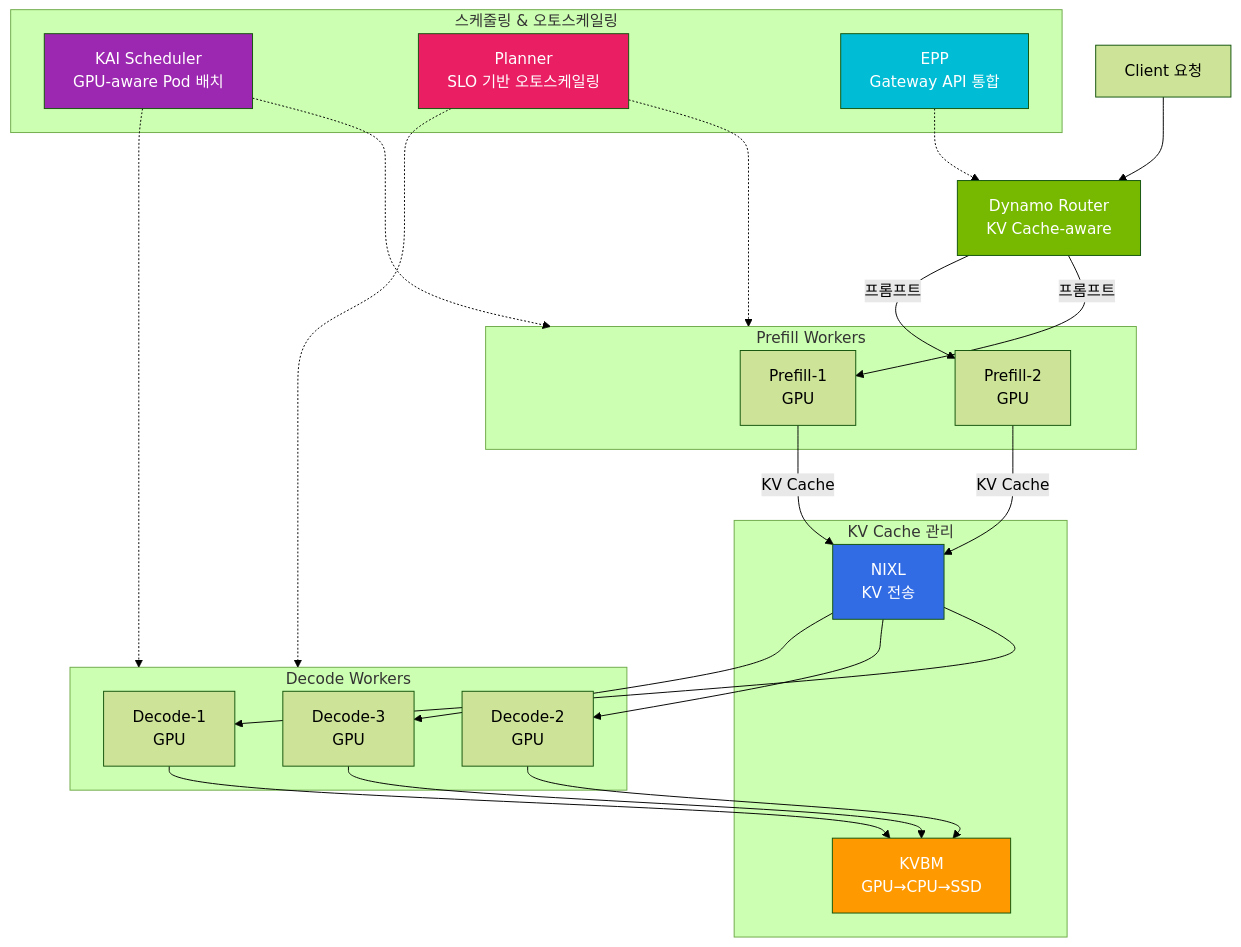
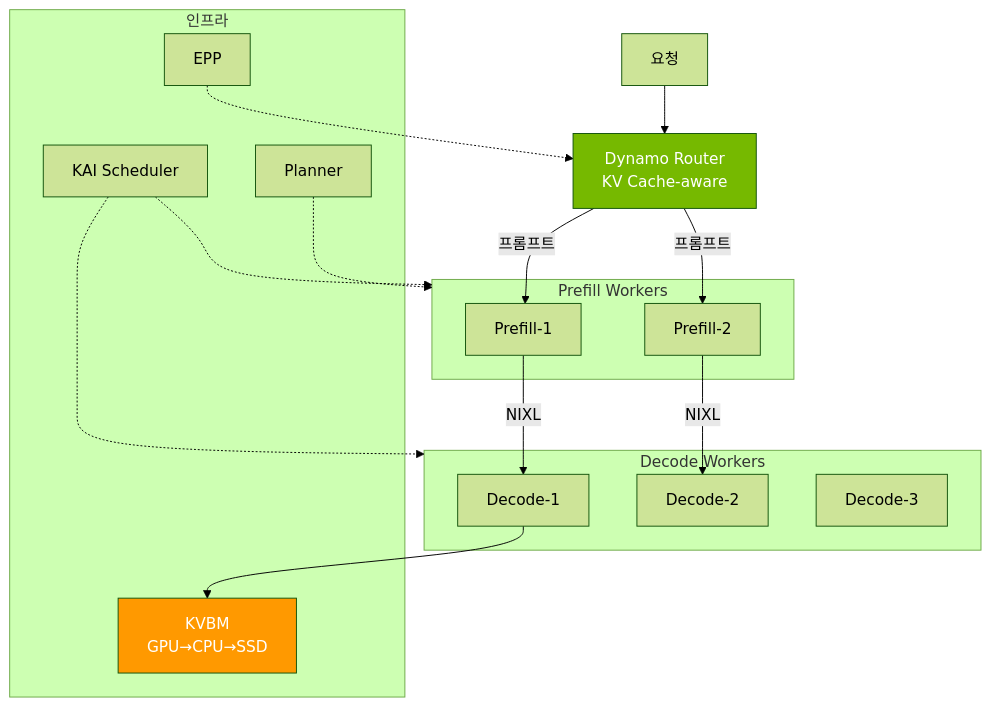
One commit to devfloor9/engineering-playbook changed the second of 2 diagrams in docs/agentic-ai-platform/model-serving/nvidia-gpu-stack.md. Above: the diagram before and after it, drawn with Mermaid (forest theme). The commit also changed other lines of this file and 5 other files, not shown here.

````diff
--- a/docs/agentic-ai-platform/model-serving/nvidia-gpu-stack.md
+++ b/docs/agentic-ai-platform/model-serving/nvidia-gpu-stack.md
@@ -611,50 +335,36 @@
 ```mermaid
 flowchart TD
-    CLIENT["Client 요청"] --> ROUTER["Dynamo Router<br/>KV Cache-aware"]
+    CLIENT["요청"] --> ROUTER["Dynamo Router<br/>KV Cache-aware"]
 
     subgraph Prefill["Prefill Workers"]
-        PF1["Prefill-1<br/>GPU"]
-        PF2["Prefill-2<br/>GPU"]
+        PF1["Prefill-1"]
+        PF2["Prefill-2"]
     end
 
     subgraph Decode["Decode Workers"]
-        DC1["Decode-1<br/>GPU"]
-        DC2["Decode-2<br/>GPU"]
-        DC3["Decode-3<br/>GPU"]
+        DC1["Decode-1"]
+        DC2["Decode-2"]
+        DC3["Decode-3"]
     end
 
-    subgraph KVCache["KV Cache 관리"]
+    ROUTER -->|프롬프트| PF1
+    ROUTER -->|프롬프트| PF2
+    PF1 -->|NIXL| DC1
+    PF2 -->|NIXL| DC2
+
+    subgraph Infra["인프라"]
         KVBM["KVBM<br/>GPU→CPU→SSD"]
-        NIXL["NIXL<br/>KV 전송"]
+        KAI["KAI Scheduler"]
+        PLANNER["Planner"]
+        EPP["EPP"]
     end
 
-    ROUTER -->|"프롬프트"| PF1
-    ROUTER -->|"프롬프트"| PF2
-    PF1 -->|"KV Cache"| NIXL
-    PF2 -->|"KV Cache"| NIXL
-    NIXL --> DC1
-    NIXL --> DC2
-    NIXL --> DC3
     DC1 --> KVBM
-    DC2 --> KVBM
-    DC3 --> KVBM
-
-    subgraph Scheduler["스케줄링 & 오토스케일링"]
-        KAI["KAI Scheduler<br/>GPU-aware Pod 배치"]
-        PLANNER["Planner<br/>SLO 기반 오토스케일링"]
-        EPP["EPP<br/>Gateway API 통합"]
-    end
-
     KAI -.-> Prefill
     KAI -.-> Decode
     PLANNER -.-> Prefill
-    PLANNER -.-> Decode
     EPP -.-> ROUTER
 
     style ROUTER fill:#76b900,color:#fff
-    style NIXL fill:#326ce5,color:#fff
     style KVBM fill:#ff9900,color:#fff
-    style KAI fill:#9c27b0,color:#fff
-    style PLANNER fill:#e91e63,color:#fff
-    style EPP fill:#00bcd4,color:#fff
 ```
````
